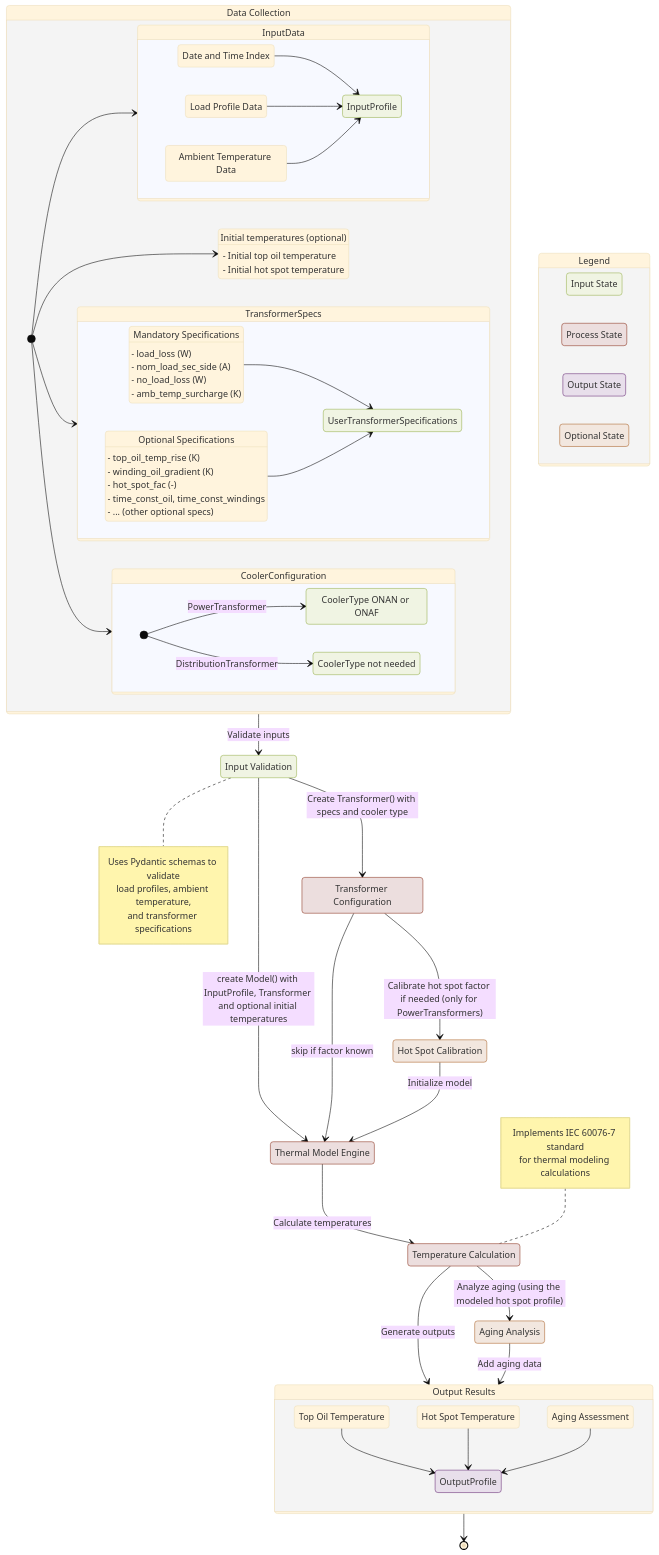
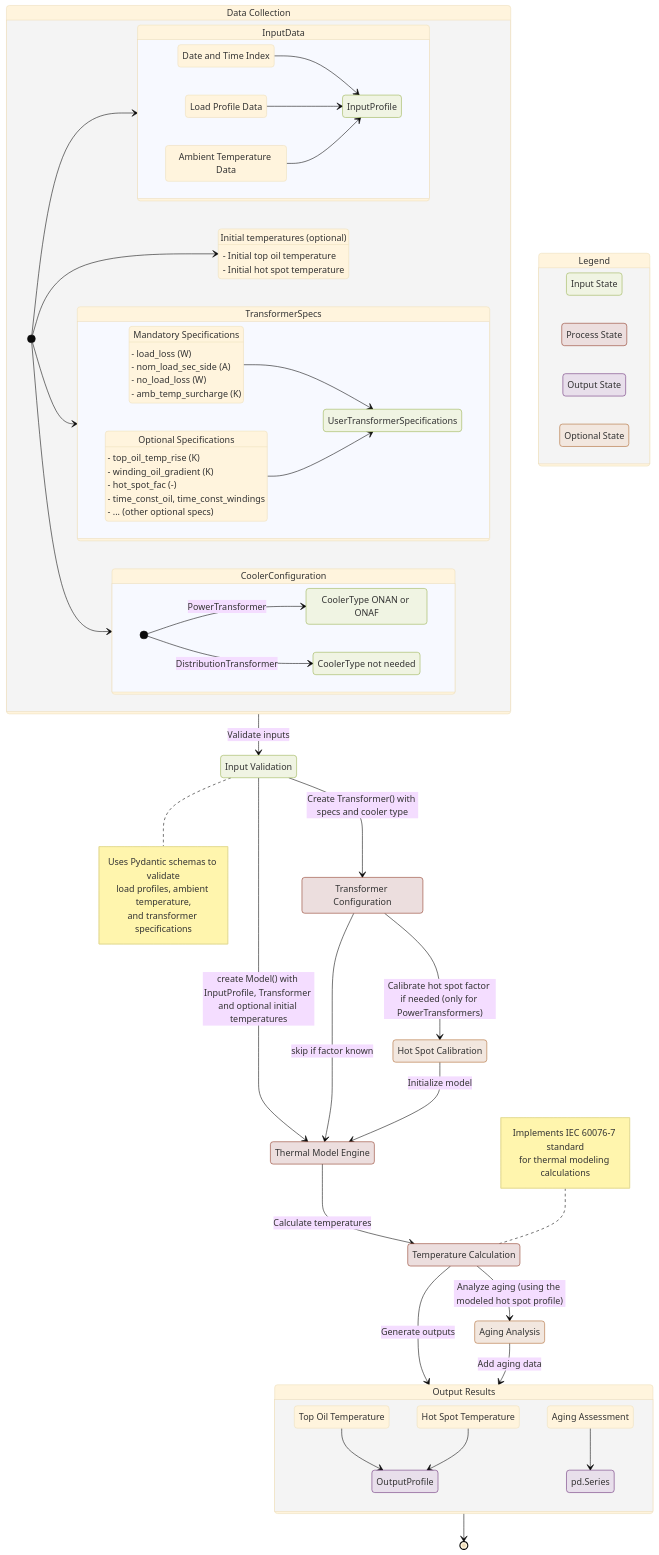
The diagram in docs/api_reference/architecture.md (alliander-opensource/transformer-thermal-model), drawn with Mermaid (base theme) before and after one commit.

Commit message:
docs: split the aging output from the OutputProfile.

````diff
--- a/docs/api_reference/architecture.md
+++ b/docs/api_reference/architecture.md
@@ -93,10 +93,11 @@
         AgingResults: Aging Assessment
         
         OutputProfile: OutputProfile
+        AgingOutput: pd.Series
 
         TopOilTemp --> OutputProfile
         HotSpotTemp --> OutputProfile
-        AgingResults --> OutputProfile
+        AgingResults --> AgingOutput
     }
     
     %% Main flow
@@ -134,6 +135,6 @@
     
     class LegendInputState,Validation,InputProfile,TransformerSpecifications,CoolerTypePT,CoolerTypeDT inputState
     class LegendProcessState,TransformerConfig,ThermalModel,TempCalculation processState
-    class LegendOutputState,OutputProfile outputState
+    class LegendOutputState,OutputProfile,AgingOutput outputState
     class LegendOptionalState,HotSpotCalib,AgingAnalysis optionalState
 ```
````
